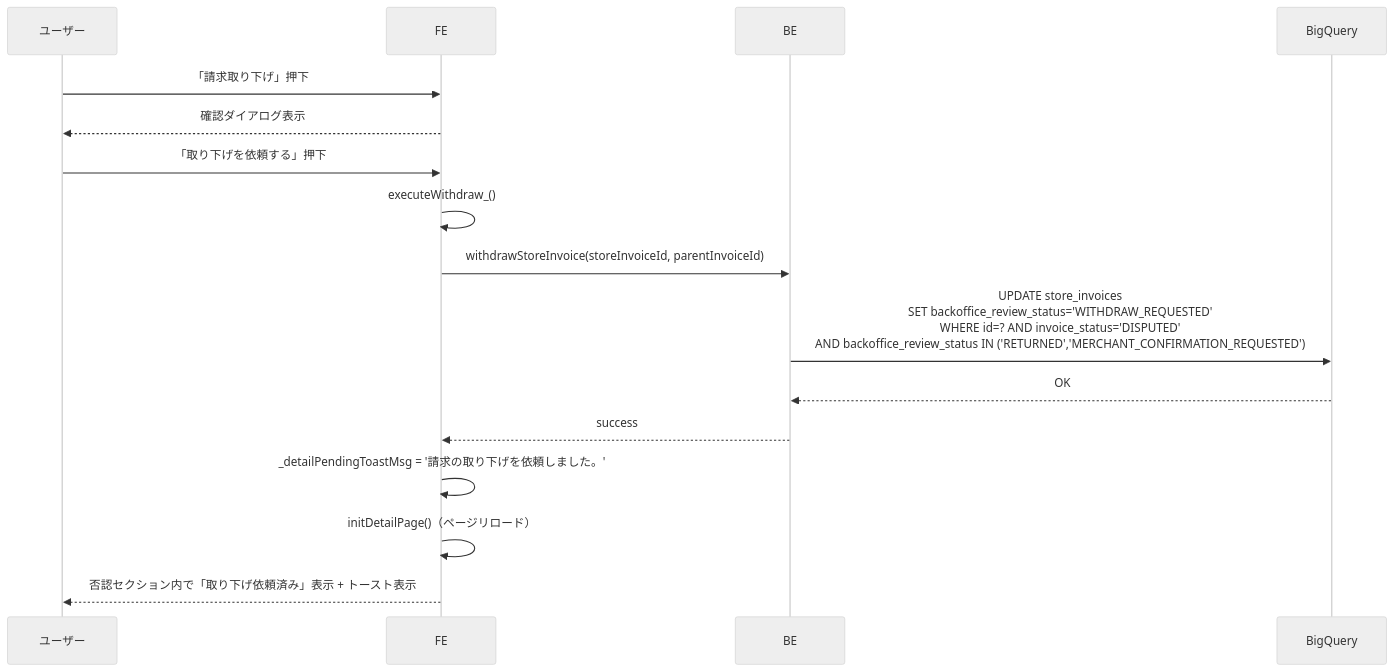
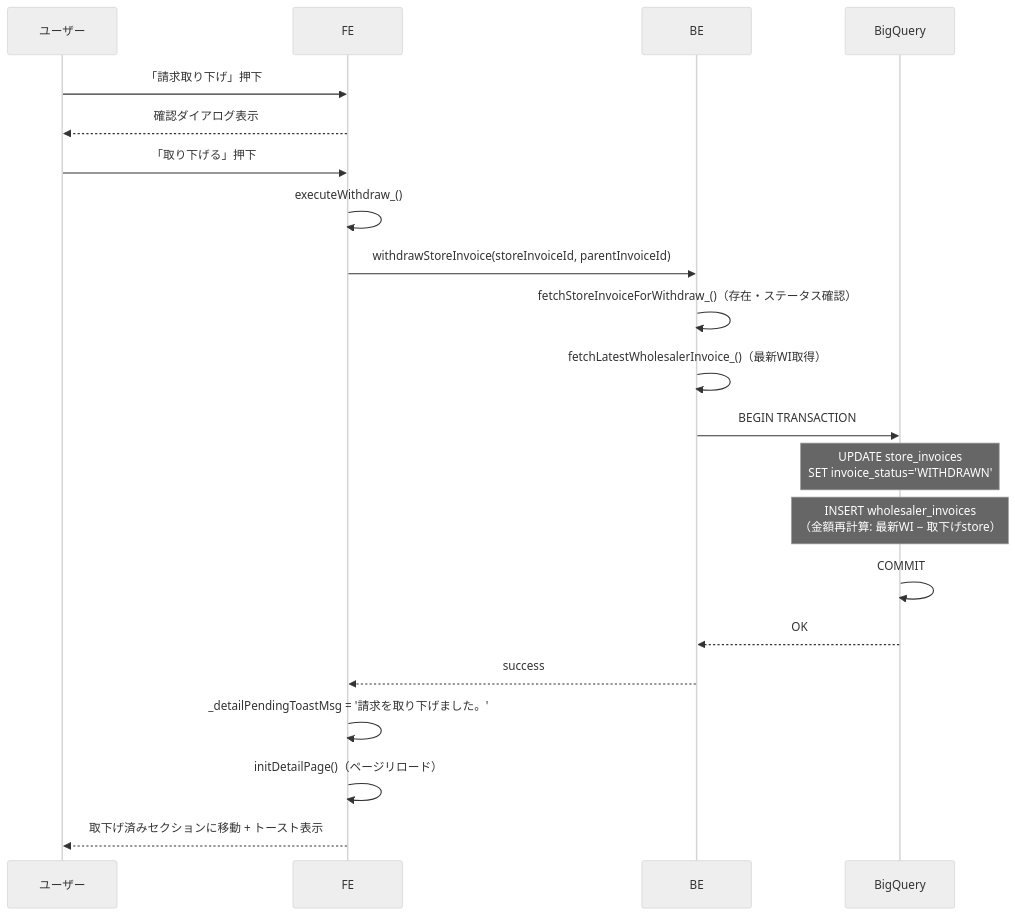
One commit to USEN-PAY-Products/connect-wholesale-gas-poc changed diagram 12 of 17 in docs/specifications/04_detail_page.md. Above: the diagram before and after it, drawn with Mermaid (neutral theme). The commit also changed other lines of this file and 6 other files, not shown here.

````diff
--- a/docs/specifications/04_detail_page.md
+++ b/docs/specifications/04_detail_page.md
@@ -342,20 +336,25 @@
 ```mermaid
 sequenceDiagram
     participant U as ユーザー
     participant FE as FE
     participant BE as BE
     participant BQ as BigQuery
 
     U->>FE: 「請求取り下げ」押下
     FE-->>U: 確認ダイアログ表示
 
-    U->>FE: 「取り下げを依頼する」押下
+    U->>FE: 「取り下げる」押下
     FE->>FE: executeWithdraw_()
     FE->>BE: withdrawStoreInvoice(storeInvoiceId, parentInvoiceId)
-    BE->>BQ: UPDATE store_invoices<br/>SET backoffice_review_status='WITHDRAW_REQUESTED'<br/>WHERE id=? AND invoice_status='DISPUTED'<br/>AND backoffice_review_status IN ('RETURNED','MERCHANT_CONFIRMATION_REQUESTED')
+    BE->>BE: fetchStoreInvoiceForWithdraw_()（存在・ステータス確認）
+    BE->>BE: fetchLatestWholesalerInvoice_()（最新WI取得）
+    BE->>BQ: BEGIN TRANSACTION
+    Note over BQ: UPDATE store_invoices<br/>SET invoice_status='WITHDRAWN'
+    Note over BQ: INSERT wholesaler_invoices<br/>（金額再計算: 最新WI − 取下げstore）
+    BQ->>BQ: COMMIT
     BQ-->>BE: OK
     BE-->>FE: success
-    FE->>FE: _detailPendingToastMsg = '請求の取り下げを依頼しました。'
+    FE->>FE: _detailPendingToastMsg = '請求を取り下げました。'
     FE->>FE: initDetailPage()（ページリロード）
-    FE-->>U: 否認セクション内で「取り下げ依頼済み」表示 + トースト表示
+    FE-->>U: 取下げ済みセクションに移動 + トースト表示
 ```
````
